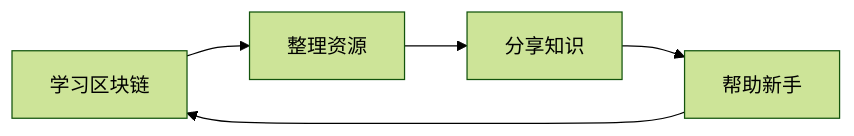
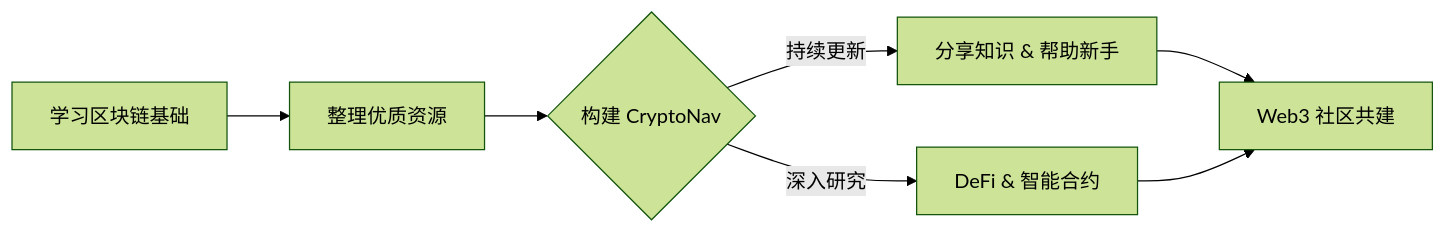
The diagram in README.md (okxgate/okxgate), drawn with Mermaid (forest theme) before and after one commit. The commit also changed other lines of this file, not shown here.

````diff
--- a/README.md
+++ b/README.md
@@ -91,7 +50,9 @@
 ```mermaid
 graph LR
-    A[学习区块链] --> B[整理资源]
-    B --> C[分享知识]
-    C --> D[帮助新手]
-    D --> A
+    A[学习区块链基础] --> B[整理优质资源]
+    B --> C{构建 CryptoNav}
+    C -->|持续更新| D[分享知识 & 帮助新手]
+    C -->|深入研究| E[DeFi & 智能合约]
+    D --> F[Web3 社区共建]
+    E --> F
 ```
````
